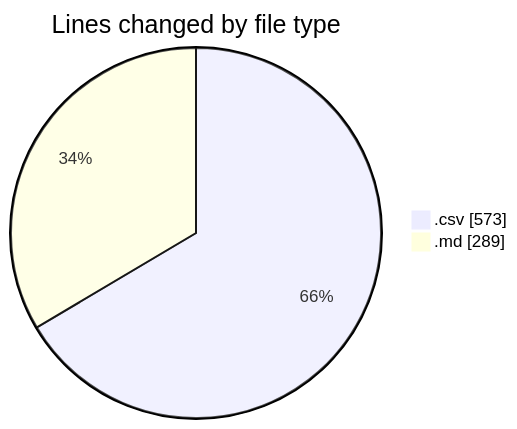
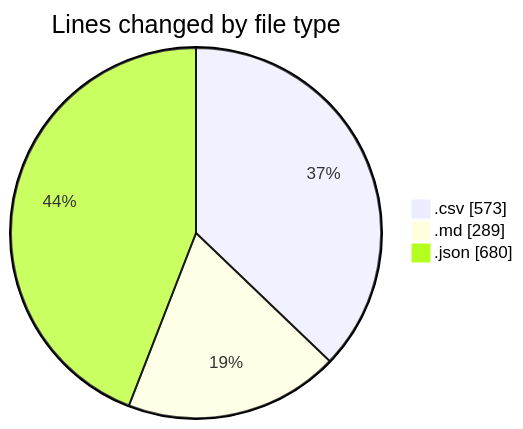
The first of 2 diagrams in 2025-08-11/transactions-new/README.md (EIIisD/code-tracking), drawn with Mermaid before and after one commit. The commit also changed other lines of this file and 1 other file, not shown here.

````diff
--- a/2025-08-11/transactions-new/README.md
+++ b/2025-08-11/transactions-new/README.md
@@ -24,6 +27,7 @@
 ```mermaid
 pie showData
 title Lines changed by file type
 ".csv" : 573
 ".md" : 289
+".json" : 680
 ```
````
